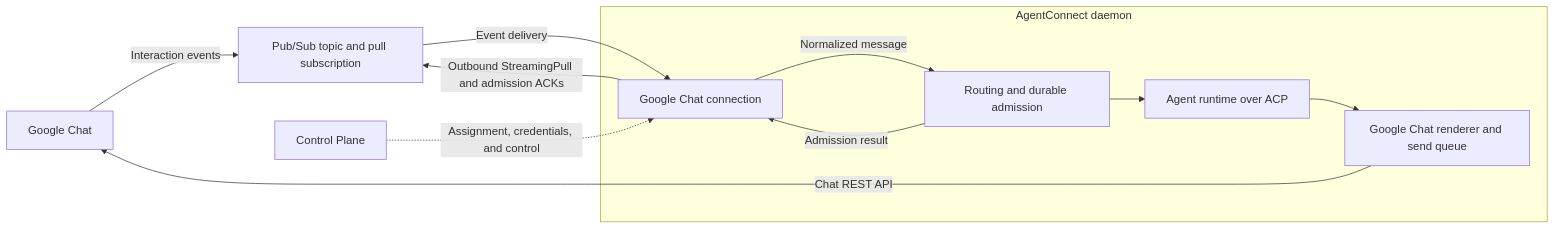
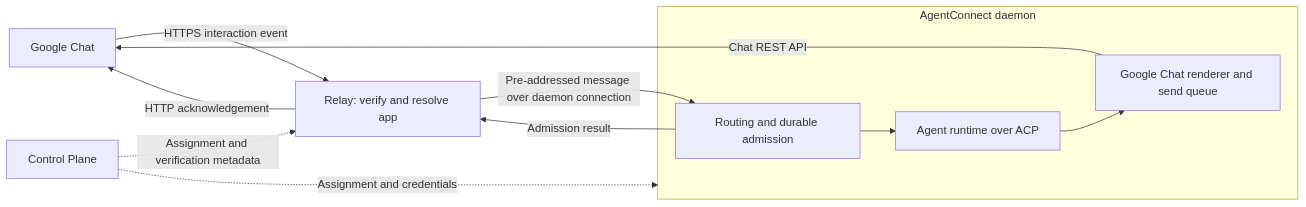
The diagram in docs/designs/google-chat-integration.md (agentconnect-md/agentconnect), drawn with Mermaid before and after one commit. The commit also changed other lines of this file and 1 other file, not shown here.

Commit message:
docs(googlechat): use existing relay for HTTPS ingress

````diff
--- a/docs/designs/google-chat-integration.md
+++ b/docs/designs/google-chat-integration.md
@@ -48,14 +52,15 @@
 ```mermaid
 flowchart LR
-    G[Google Chat] -->|Interaction events| P[Pub/Sub topic and pull subscription]
-    P -->|Event delivery| I
+    G[Google Chat] -->|HTTPS interaction event| L[Relay: verify and resolve app]
+    L -->|Pre-addressed message over daemon connection| R
     subgraph D[AgentConnect daemon]
-        I[Google Chat connection] -->|Normalized message| R[Routing and durable admission]
+        R[Routing and durable admission]
         R --> A[Agent runtime over ACP]
         A --> O[Google Chat renderer and send queue]
-        R -->|Admission result| I
     end
-    I -->|Outbound StreamingPull and admission ACKs| P
+    R -->|Admission result| L
+    L -->|HTTP acknowledgement| G
     O -->|Chat REST API| G
-    C[Control Plane] -.->|Assignment, credentials, and control| I
+    C[Control Plane] -.->|Assignment and verification metadata| L
+    C -.->|Assignment and credentials| D
 ```
````
